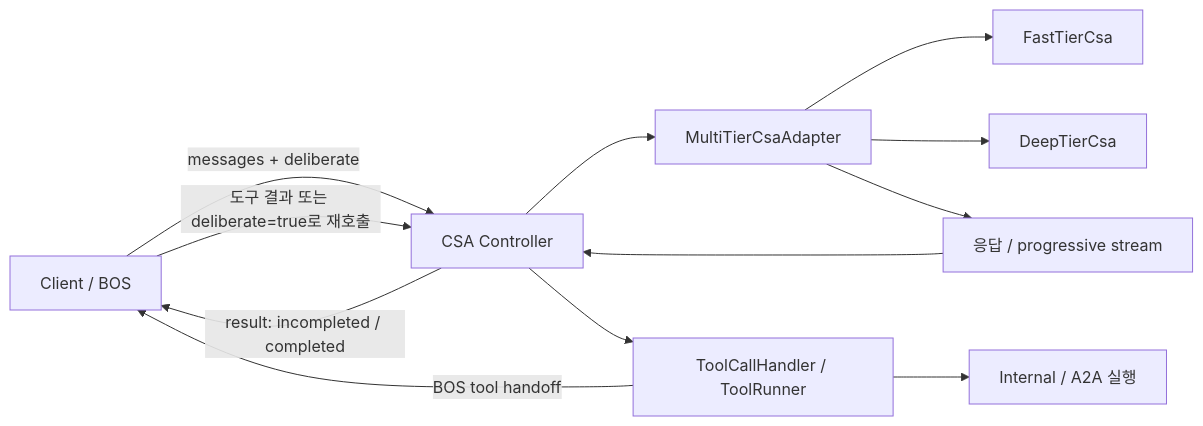
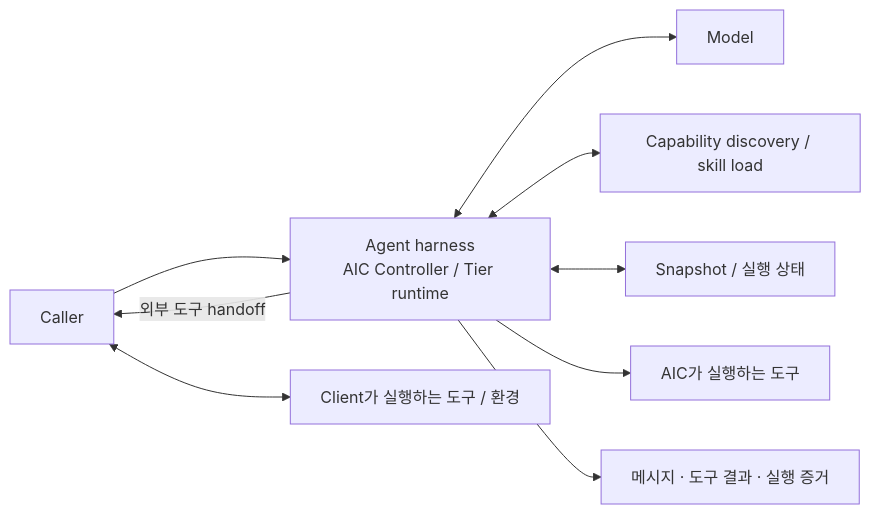
One commit to jwlee3746/jwlee3746.github.io changed the fifth of 12 diagrams in docs/aic-evolution-and-evaluator.md. Above: the diagram before and after it, drawn with Mermaid. The commit also changed other lines of this file and 1 other file, not shown here.

Commit message:
docs: trace evaluation evolution toward hybrid AES

````diff
--- a/docs/aic-evolution-and-evaluator.md
+++ b/docs/aic-evolution-and-evaluator.md
@@ -180,14 +146,11 @@
 ```mermaid
 flowchart LR
-    C["Client / BOS"] -->|"messages + deliberate"| Controller["CSA Controller"]
-    Controller --> Adapter["MultiTierCsaAdapter"]
-    Adapter --> F["FastTierCsa"]
-    Adapter --> D["DeepTierCsa"]
-    Adapter --> Stream["응답 / progressive stream"]
-    Stream --> Controller
-    Controller --> Handler["ToolCallHandler / ToolRunner"]
-    Handler --> Internal["Internal / A2A 실행"]
-    Handler -->|"BOS tool handoff"| C
-    Controller -->|"result: incompleted / completed"| C
-    C -->|"도구 결과 또는 deliberate=true로 재호출"| Controller
+    C["Caller"] --> H["Agent harness<br/>AIC Controller / Tier runtime"]
+    H <--> M["Model"]
+    H <--> CDS["Capability discovery / skill load"]
+    H <--> S["Snapshot / 실행 상태"]
+    H --> Builtin["AIC가 실행하는 도구"]
+    H -->|"외부 도구 handoff"| C
+    C <--> External["Client가 실행하는 도구 / 환경"]
+    H --> Trace["메시지 · 도구 결과 · 실행 증거"]
 ```
````
